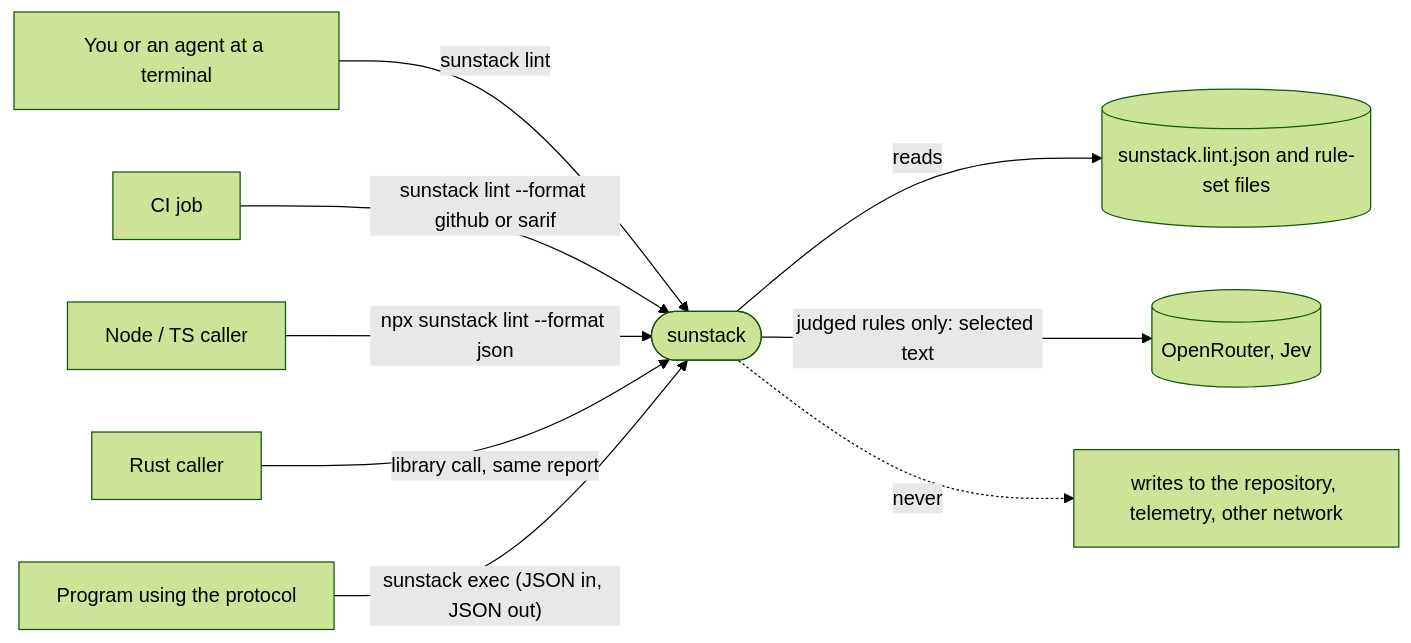
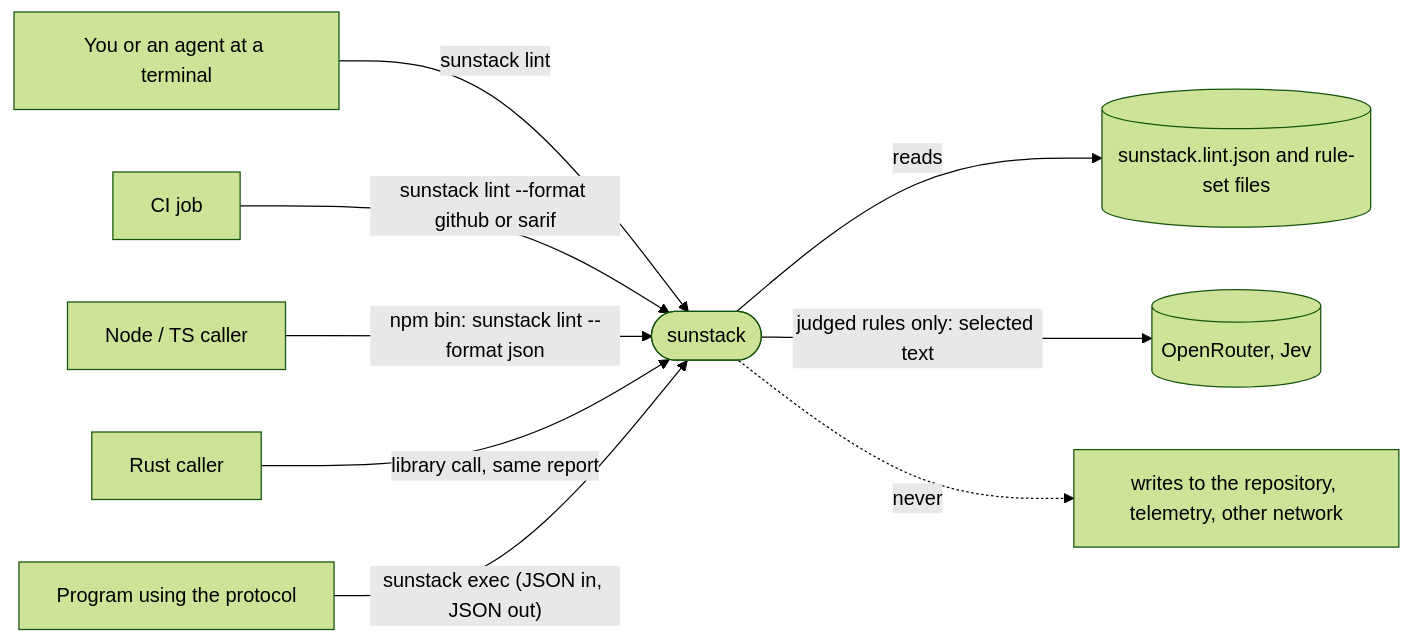
Before and after one commit to ShravanSunder/sunstack-tools: the diagram in docs/specs/2026-10-18-sunstack-runner/specification.md, drawn with Mermaid (forest theme). The commit also changed other lines of this file and 3 other files, not shown here.

First line of the commit message:
docs(spec): npm runs through our launcher; npx is not supported

````diff
--- a/docs/specs/2026-10-18-sunstack-runner/specification.md
+++ b/docs/specs/2026-10-18-sunstack-runner/specification.md
@@ -20,11 +20,11 @@
 ```mermaid
 flowchart LR
   person["You or an agent at a terminal"] -->|"sunstack lint"| S(["sunstack"])
   ci["CI job"] -->|"sunstack lint --format github or sarif"| S
-  node["Node / TS caller"] -->|"npx sunstack lint --format json"| S
+  node["Node / TS caller"] -->|"npm bin: sunstack lint --format json"| S
   rust["Rust caller"] -->|"library call, same report"| S
   prog["Program using the protocol"] -->|"sunstack exec (JSON in, JSON out)"| S
   S -->|"reads"| cfg[("sunstack.lint.json and rule-set files")]
   S -->|"judged rules only: selected text"| or[("OpenRouter, Jev")]
   S -.->|"never"| none["writes to the repository, telemetry, other network"]
 ```
````
